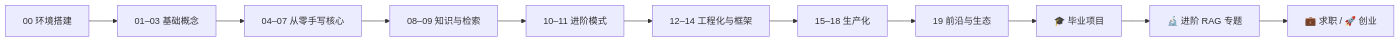
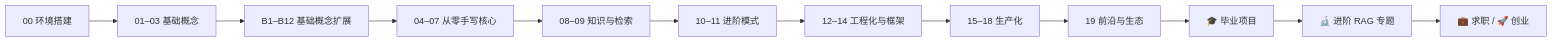
One commit to songuu/agent changed the diagram in index.md. Above: the diagram before and after it, drawn with Mermaid. The commit also changed other lines of this file and 46 other files, not shown here.

````diff
--- a/index.md
+++ b/index.md
@@ -83,13 +83,14 @@
 ```mermaid
 flowchart LR
   A["00 环境搭建"] --> B["01–03 基础概念"]
-  B --> C["04–07 从零手写核心"]
+  B --> B2["B1–B12 基础概念扩展"]
+  B2 --> C["04–07 从零手写核心"]
   C --> D["08–09 知识与检索"]
   D --> E["10–11 进阶模式"]
   E --> F["12–14 工程化与框架"]
   F --> G["15–18 生产化"]
   G --> H["19 前沿与生态"]
   H --> I["🎓 毕业项目"]
   I --> J["🔬 进阶 RAG 专题"]
   J --> K["💼 求职 / 🚀 创业"]
 ```
````
